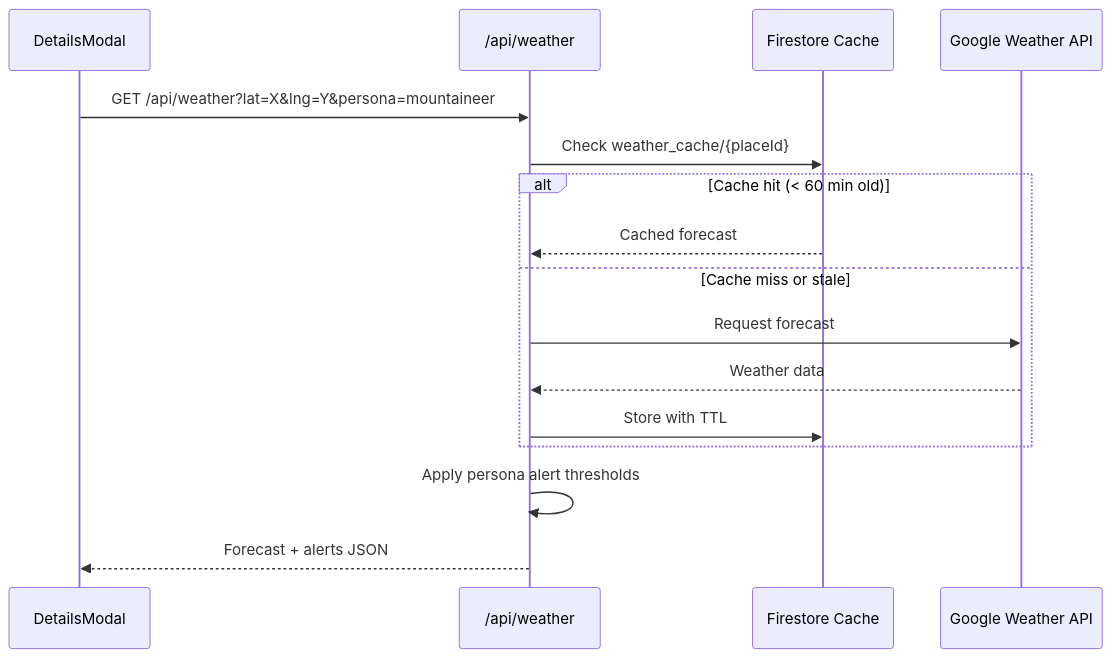
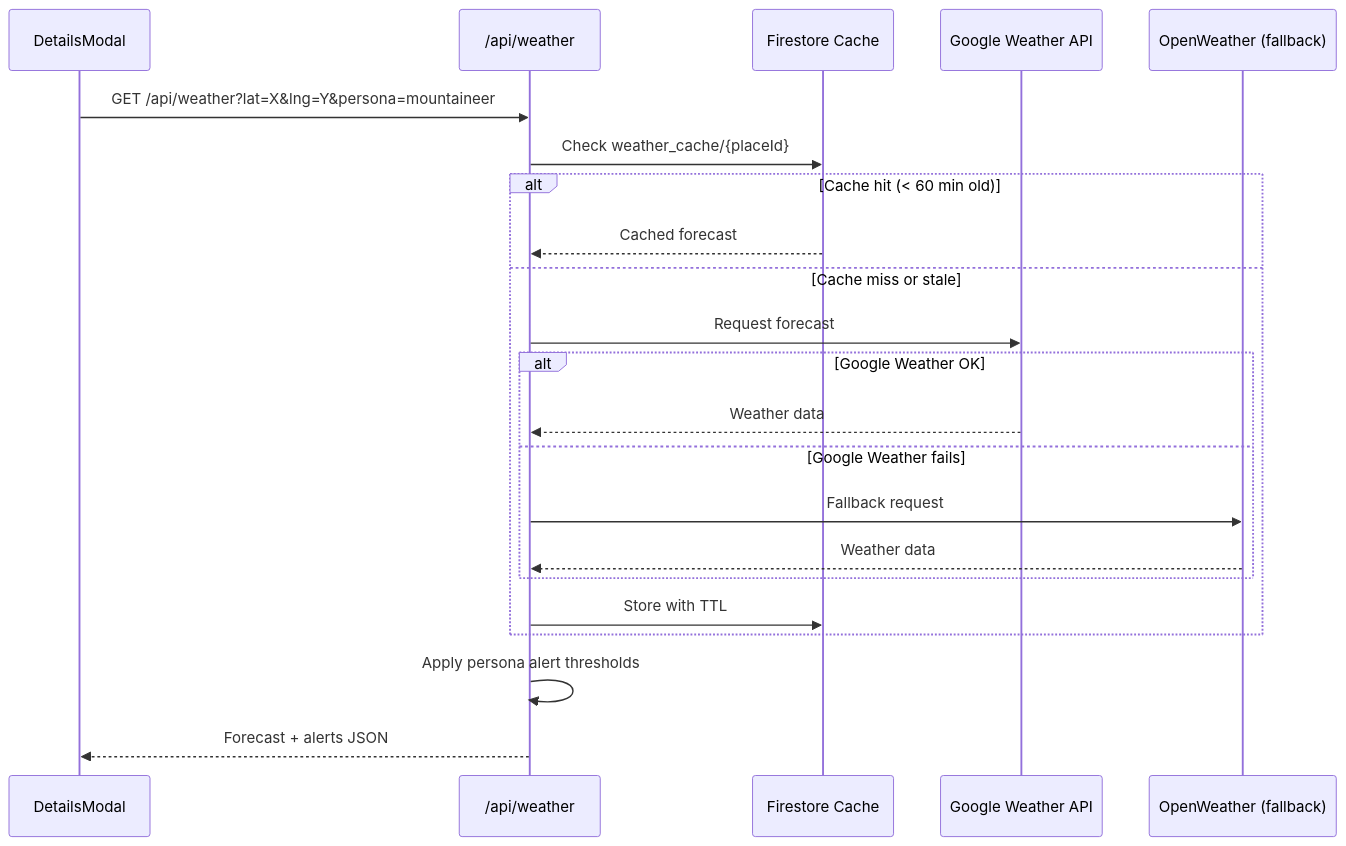
One commit to Oweeboi011/Fit-Ready-IQ changed the fifth of 18 diagrams in docs/solution-plan/SOLUTION-PLAN.md. Above: the diagram before and after it, drawn with Mermaid. The commit also changed other lines of this file and 15 other files, not shown here.

````diff
--- a/docs/solution-plan/SOLUTION-PLAN.md
+++ b/docs/solution-plan/SOLUTION-PLAN.md
@@ -252,19 +330,25 @@
 ```mermaid
 sequenceDiagram
     participant UI as DetailsModal
     participant Route as /api/weather
     participant Cache as Firestore Cache
-    participant API as Google Weather API
+    participant GW as Google Weather API
+    participant OW as OpenWeather (fallback)
 
     UI->>Route: GET /api/weather?lat=X&lng=Y&persona=mountaineer
     Route->>Cache: Check weather_cache/{placeId}
     alt Cache hit (< 60 min old)
         Cache-->>Route: Cached forecast
     else Cache miss or stale
-        Route->>API: Request forecast
-        API-->>Route: Weather data
+        Route->>GW: Request forecast
+        alt Google Weather OK
+            GW-->>Route: Weather data
+        else Google Weather fails
+            Route->>OW: Fallback request
+            OW-->>Route: Weather data
+        end
         Route->>Cache: Store with TTL
     end
     Route->>Route: Apply persona alert thresholds
     Route-->>UI: Forecast + alerts JSON
 ```
````
